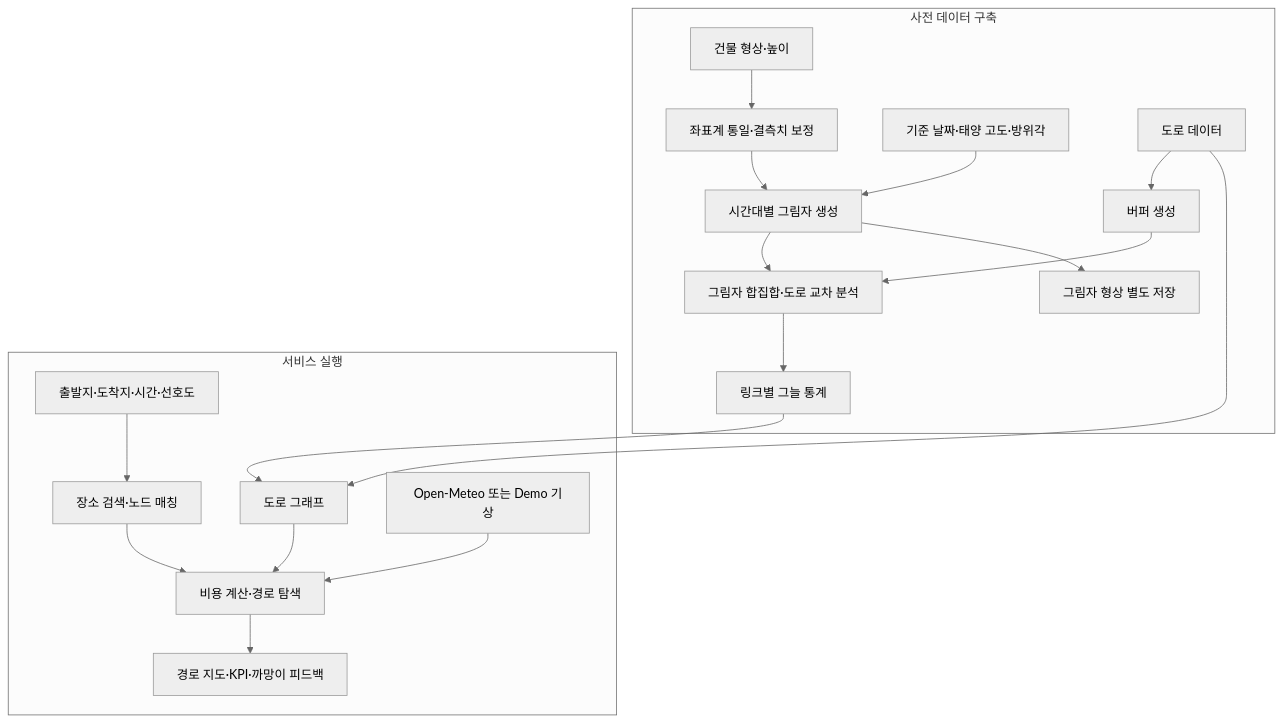
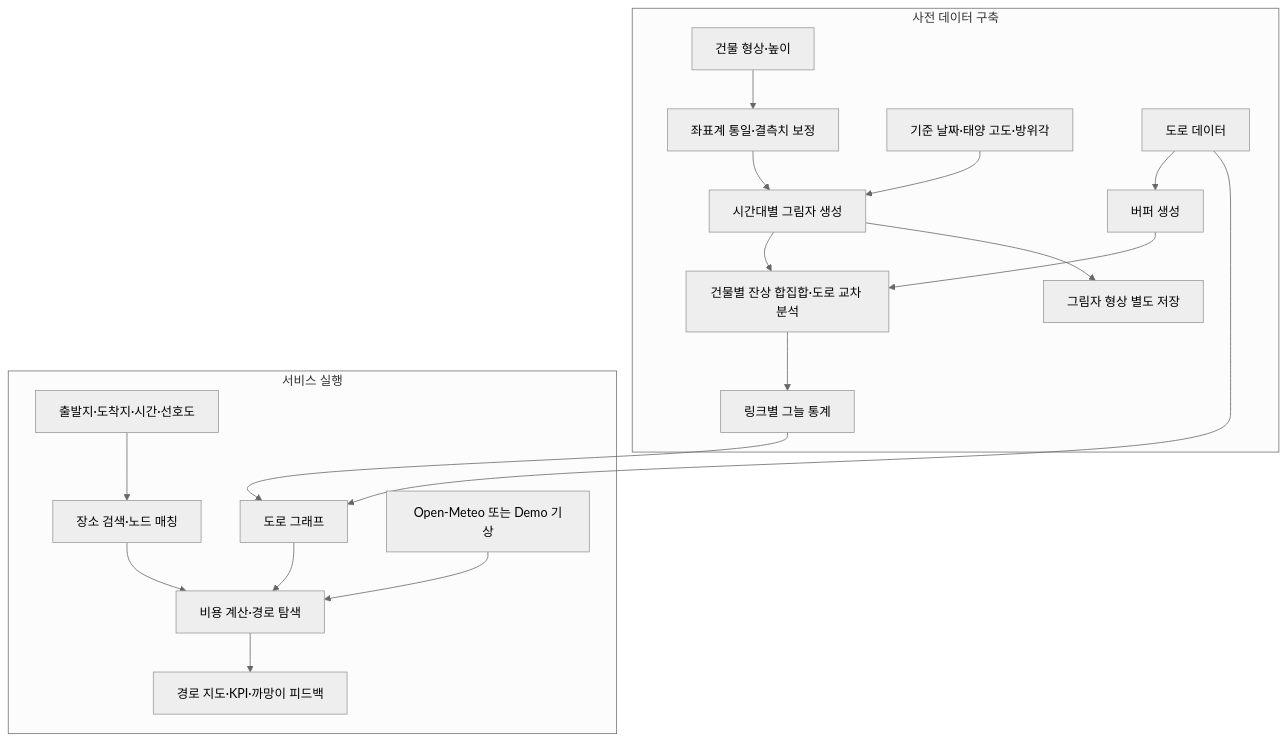
The diagram in docs/engineering.md (tangerineYR/CoolingPath), drawn with Mermaid (neutral theme) before and after one commit. The commit also changed other lines of this file and 9 other files, not shown here.

````diff
--- a/docs/engineering.md
+++ b/docs/engineering.md
@@ -41,22 +41,22 @@
 ```mermaid
 flowchart TB
     subgraph Batch[사전 데이터 구축]
         B[건물 형상·높이] --> P[좌표계 통일·결측치 보정]
         S[기준 날짜·태양 고도·방위각] --> H[시간대별 그림자 생성]
         P --> H
         R[도로 데이터] --> BF[버퍼 생성]
-        H --> O[그림자 합집합·도로 교차 분석]
+        H --> O[건물별 잔상 합집합·도로 교차 분석]
         BF --> O
         O --> ST[링크별 그늘 통계]
         H --> GE[그림자 형상 별도 저장]
     end
     subgraph Runtime[서비스 실행]
         U[출발지·도착지·시간·선호도] --> K[장소 검색·노드 매칭]
         R --> G[도로 그래프]
         ST --> G
         K --> C[비용 계산·경로 탐색]
         G --> C
         W[Open-Meteo 또는 Demo 기상] --> C
         C --> V[경로 지도·KPI·까망이 피드백]
     end
 ```
````
